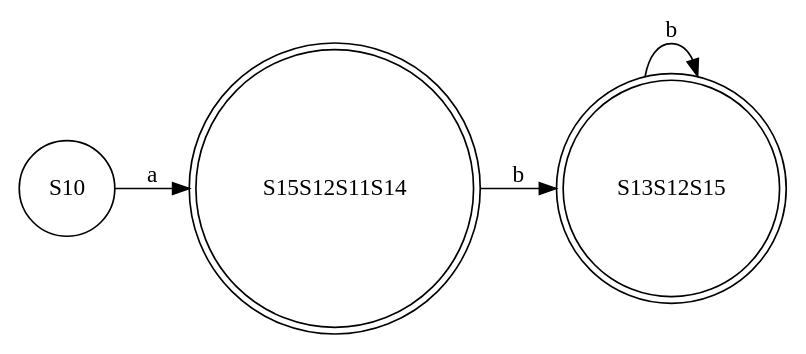
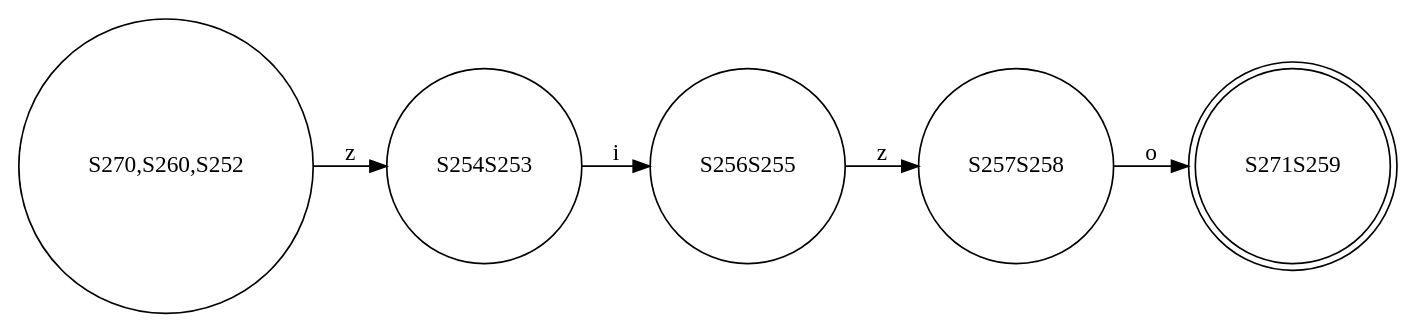
Before and after one commit to abdelazizSalah/RegExp_NFA_DFA_DFAMinimization: the diagram in finalCode/test-output/round-table.gv, drawn with Graphviz. The commit also changed 4 other files, not shown here.

```diff
--- a/finalCode/test-output/round-table.gv
+++ b/finalCode/test-output/round-table.gv
@@ -1,10 +1,13 @@
 // DFA graph
 digraph {
 	graph [rankdir=LR]
-	S10 [label=S10 shape=circle]
-	S10 -> S15S12S11S14 [label=a]
-	S15S12S11S14 [label=S15S12S11S14 shape=doublecircle]
-	S15S12S11S14 -> S13S12S15 [label=b]
-	S13S12S15 [label=S13S12S15 shape=doublecircle]
-	S13S12S15 -> S13S12S15 [label=b]
+	"S270,S260,S252" [label="S270,S260,S252" shape=circle]
+	"S270,S260,S252" -> S254S253 [label=z]
+	S254S253 [label=S254S253 shape=circle]
+	S254S253 -> S256S255 [label=i]
+	S256S255 [label=S256S255 shape=circle]
+	S256S255 -> S257S258 [label=z]
+	S257S258 [label=S257S258 shape=circle]
+	S257S258 -> S271S259 [label=o]
+	S271S259 [label=S271S259 shape=doublecircle]
 }
```
